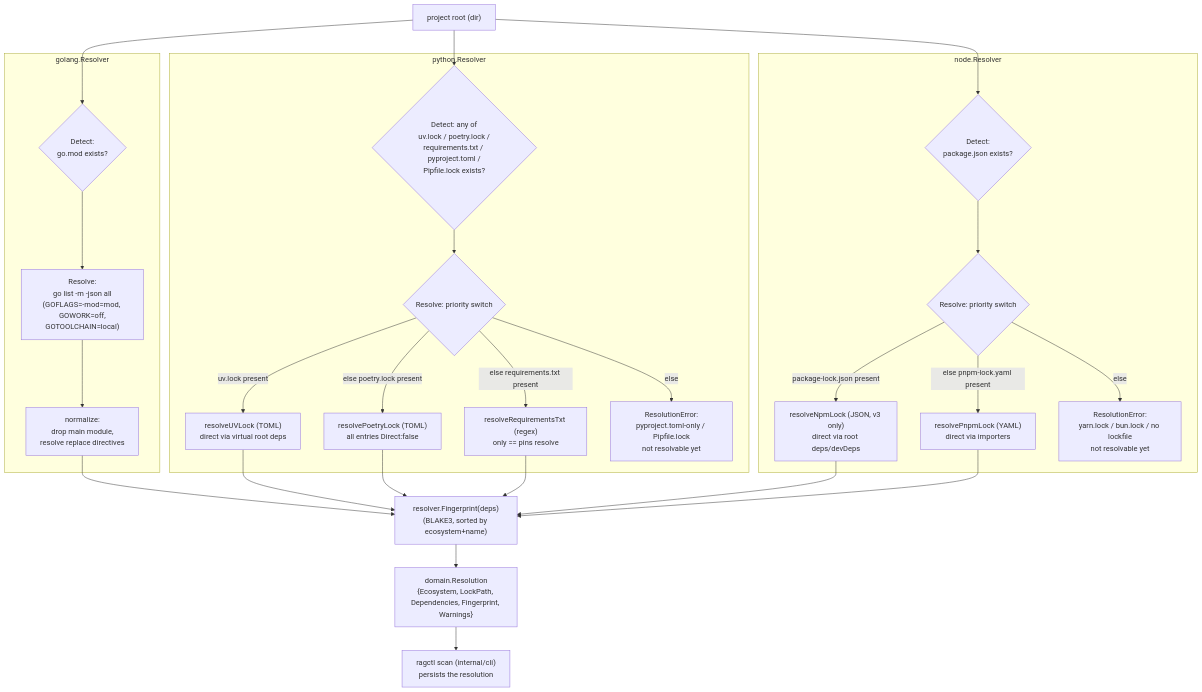
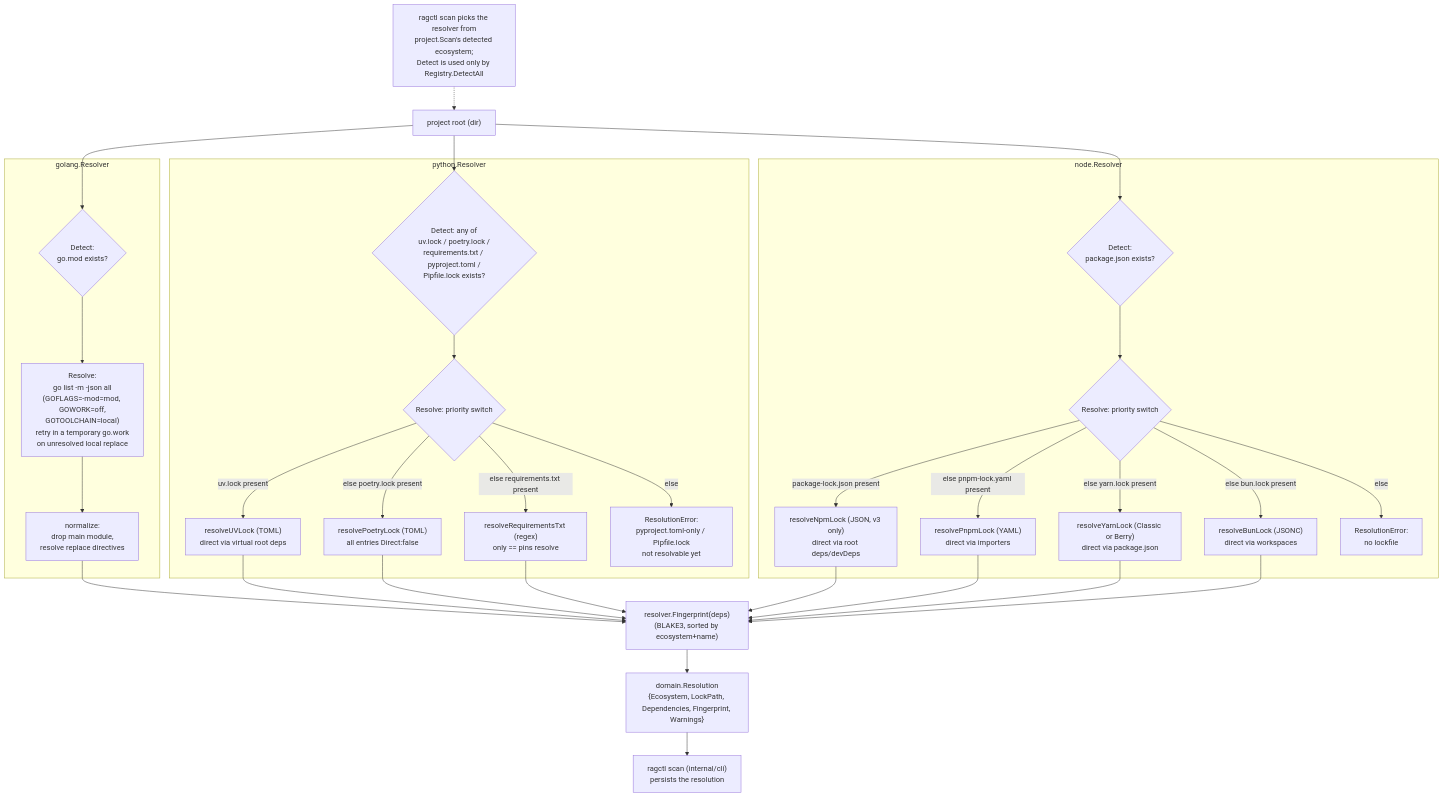
The diagram in docs/internal/resolver.md (aleutian-ai/depctl), drawn with Mermaid before and after one commit. The commit also changed other lines of this file and 114 other files, not shown here.

Commit message:
v0.3.1: per-generation layout shrinks keyword.db ~4x and vectors.db ~2.5x (auto-converted); scope latest/all-retained search to the active build; docs pass at package, project and repo level

````diff
--- a/docs/internal/resolver.md
+++ b/docs/internal/resolver.md
@@ -48,50 +51,58 @@
 ```mermaid
 flowchart TD
     root["project root (dir)"]
 
     subgraph golang["golang.Resolver"]
         gDetect{"Detect:\ngo.mod exists?"}
-        gResolve["Resolve:\ngo list -m -json all\n(GOFLAGS=-mod=mod, GOWORK=off,\nGOTOOLCHAIN=local)"]
+        gResolve["Resolve:\ngo list -m -json all\n(GOFLAGS=-mod=mod, GOWORK=off,\nGOTOOLCHAIN=local)\nretry in a temporary go.work\non unresolved local replace"]
         gNorm["normalize:\ndrop main module,\nresolve replace directives"]
     end
 
     subgraph python["python.Resolver"]
         pDetect{"Detect: any of\nuv.lock / poetry.lock /\nrequirements.txt / pyproject.toml /\nPipfile.lock exists?"}
         pStrategy{"Resolve: priority switch"}
         pUV["resolveUVLock (TOML)\ndirect via virtual root deps"]
         pPoetry["resolvePoetryLock (TOML)\nall entries Direct:false"]
         pReq["resolveRequirementsTxt (regex)\nonly == pins resolve"]
         pErr["ResolutionError:\npyproject.toml-only / Pipfile.lock\nnot resolvable yet"]
     end
 
     subgraph node["node.Resolver"]
         nDetect{"Detect:\npackage.json exists?"}
         nStrategy{"Resolve: priority switch"}
         nNpm["resolveNpmLock (JSON, v3 only)\ndirect via root deps/devDeps"]
         nPnpm["resolvePnpmLock (YAML)\ndirect via importers"]
-        nErr["ResolutionError:\nyarn.lock / bun.lock / no lockfile\nnot resolvable yet"]
+        nYarn["resolveYarnLock (Classic or Berry)\ndirect via package.json"]
+        nBun["resolveBunLock (JSONC)\ndirect via workspaces"]
+        nErr["ResolutionError:\nno lockfile"]
     end
 
     root --> gDetect --> gResolve --> gNorm
     root --> pDetect --> pStrategy
     pStrategy -->|uv.lock present| pUV
     pStrategy -->|else poetry.lock present| pPoetry
     pStrategy -->|else requirements.txt present| pReq
     pStrategy -->|else| pErr
 
     root --> nDetect --> nStrategy
     nStrategy -->|package-lock.json present| nNpm
     nStrategy -->|else pnpm-lock.yaml present| nPnpm
+    nStrategy -->|else yarn.lock present| nYarn
+    nStrategy -->|else bun.lock present| nBun
     nStrategy -->|else| nErr
 
     gNorm --> Fingerprint["resolver.Fingerprint(deps)\n(BLAKE3, sorted by ecosystem+name)"]
     pUV --> Fingerprint
     pPoetry --> Fingerprint
     pReq --> Fingerprint
 
     nNpm --> Fingerprint
     nPnpm --> Fingerprint
+    nYarn --> Fingerprint
+    nBun --> Fingerprint
 
     Fingerprint --> Resolution["domain.Resolution\n{Ecosystem, LockPath, Dependencies, Fingerprint, Warnings}"]
     Resolution --> CLI["ragctl scan (internal/cli)\npersists the resolution"]
+    scanNote["ragctl scan picks the resolver from\nproject.Scan's detected ecosystem;\nDetect is used only by Registry.DetectAll"]
+    scanNote -.-> root
 ```
````
